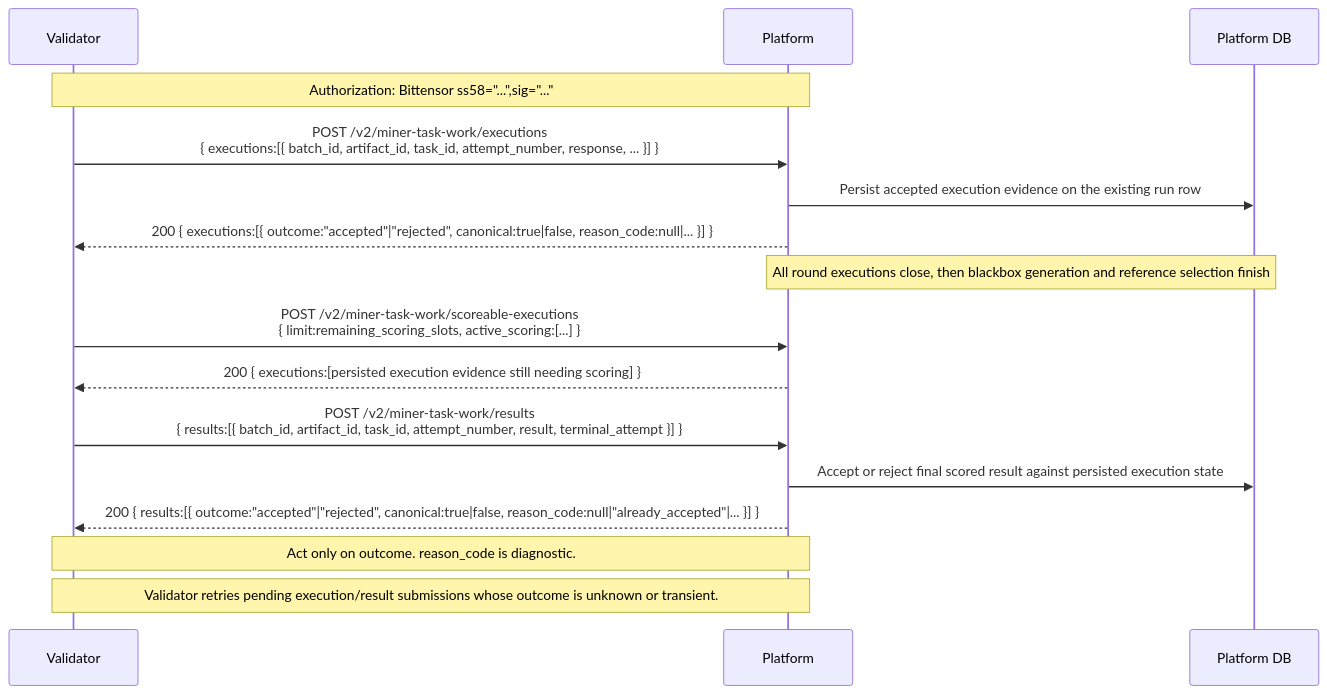
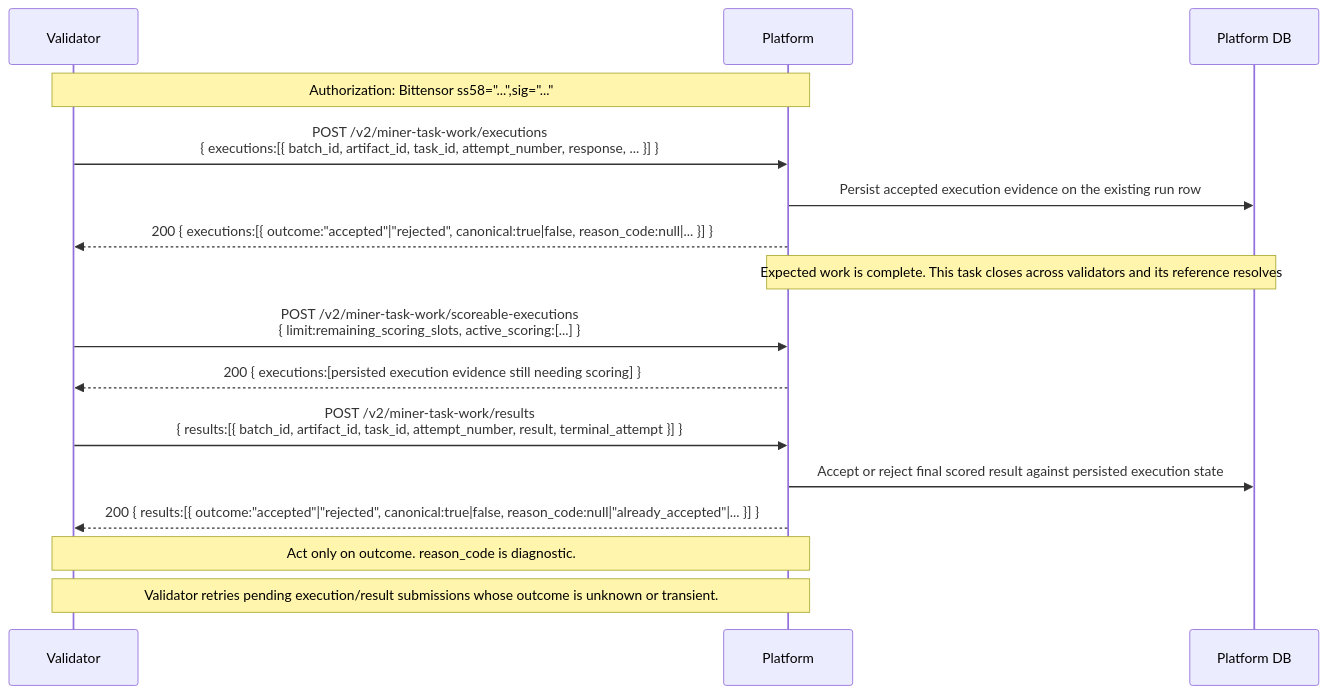
Before and after one commit to harnyx/harnyx: the sixth of 8 diagrams in docs/api/flows.md, drawn with Mermaid. The commit also changed other lines of this file and 1 other file, not shown here.

Commit message:
Interleave miner-task execution and per-task scoring (#3489)

````diff
--- a/docs/api/flows.md
+++ b/docs/api/flows.md
@@ -176,21 +176,21 @@
 ```mermaid
 sequenceDiagram
   participant V as Validator
   participant P as Platform
   participant DB as Platform DB
 
   Note over P,V: Authorization: Bittensor ss58="...",sig="..."
   V->>P: POST /v2/miner-task-work/executions<br/>{ executions:[{ batch_id, artifact_id, task_id, attempt_number, response, ... }] }
   P->>DB: Persist accepted execution evidence on the existing run row
   P-->>V: 200 { executions:[{ outcome:"accepted"|"rejected", canonical:true|false, reason_code:null|... }] }
 
-  Note over P,DB: All round executions close, then blackbox generation and reference selection finish
+  Note over P,DB: Expected work is complete. This task closes across validators and its reference resolves
   V->>P: POST /v2/miner-task-work/scoreable-executions<br/>{ limit:remaining_scoring_slots, active_scoring:[...] }
   P-->>V: 200 { executions:[persisted execution evidence still needing scoring] }
 
   V->>P: POST /v2/miner-task-work/results<br/>{ results:[{ batch_id, artifact_id, task_id, attempt_number, result, terminal_attempt }] }
   P->>DB: Accept or reject final scored result against persisted execution state
   P-->>V: 200 { results:[{ outcome:"accepted"|"rejected", canonical:true|false, reason_code:null|"already_accepted"|... }] }
   Note over V,P: Act only on outcome. reason_code is diagnostic.
   Note over V,P: Validator retries pending execution/result submissions whose outcome is unknown or transient.
 ```
````
